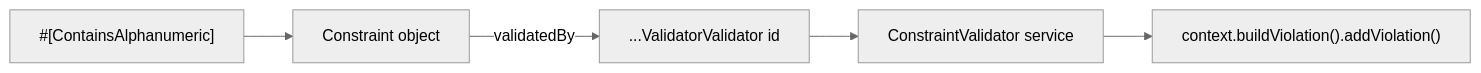
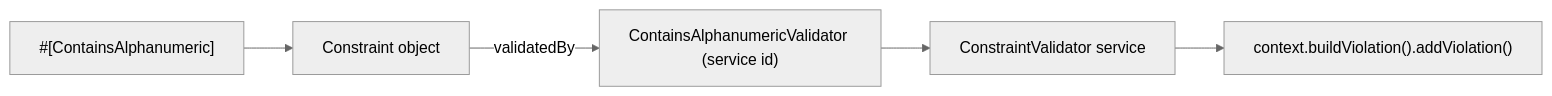
Before and after one commit to jasseryah-mazars/Sf-8.0: the diagram in docs/validation/custom-constraints.md, drawn with Mermaid (neutral theme). The commit also changed other lines of this file and 62 other files, not shown here.

````diff
--- a/docs/validation/custom-constraints.md
+++ b/docs/validation/custom-constraints.md
@@ -126,7 +132,7 @@
 ```mermaid
 flowchart LR
     A["#[ContainsAlphanumeric]"] --> B[Constraint object]
-    B -->|validatedBy| C["...ValidatorValidator id"]
+    B -->|validatedBy| C["ContainsAlphanumericValidator (service id)"]
     C --> D[ConstraintValidator service]
     D --> E["context.buildViolation().addViolation()"]
 ```
````
